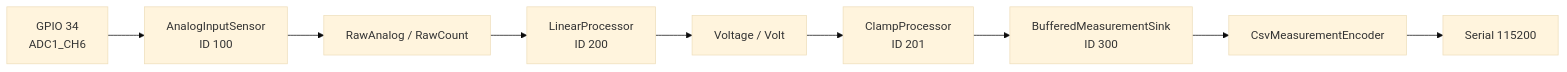
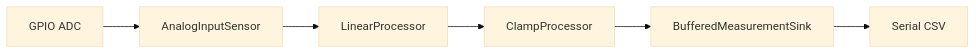
Before and after one commit to MROutake/MEA-: the second of 4 diagrams in repositories/mea-demo-firmware/README.md, drawn with Mermaid (base theme). The commit also changed other lines of this file and 86 other files, not shown here.

Commit message:
docs: align workspace with modular target architecture

````diff
--- a/repositories/mea-demo-firmware/README.md
+++ b/repositories/mea-demo-firmware/README.md
@@ -46,14 +102,11 @@
 ```mermaid
 flowchart LR
-    GPIO[GPIO 34<br/>ADC1_CH6]
-    Sensor[AnalogInputSensor<br/>ID 100]
-    Raw[RawAnalog / RawCount]
-    Linear[LinearProcessor<br/>ID 200]
-    Volt[Voltage / Volt]
-    Clamp[ClampProcessor<br/>ID 201]
-    Sink[BufferedMeasurementSink<br/>ID 300]
-    CSV[CsvMeasurementEncoder]
-    Serial[Serial 115200]
+    ADC[GPIO ADC]
+    Sensor[AnalogInputSensor]
+    Linear[LinearProcessor]
+    Clamp[ClampProcessor]
+    SerialSink[BufferedMeasurementSink]
+    Serial[Serial CSV]
 
-    GPIO --> Sensor --> Raw --> Linear --> Volt --> Clamp --> Sink --> CSV --> Serial
+    ADC --> Sensor --> Linear --> Clamp --> SerialSink --> Serial
 ```
````
